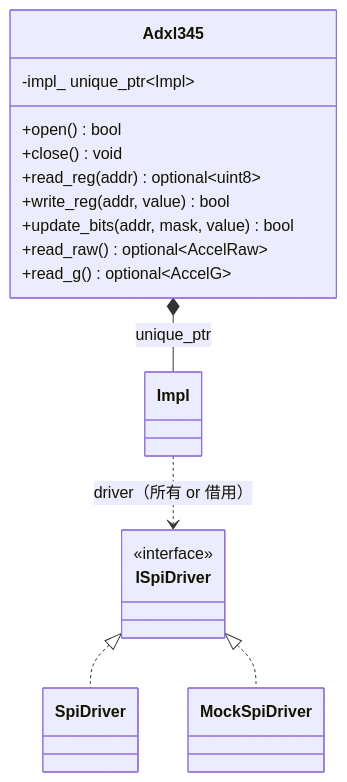
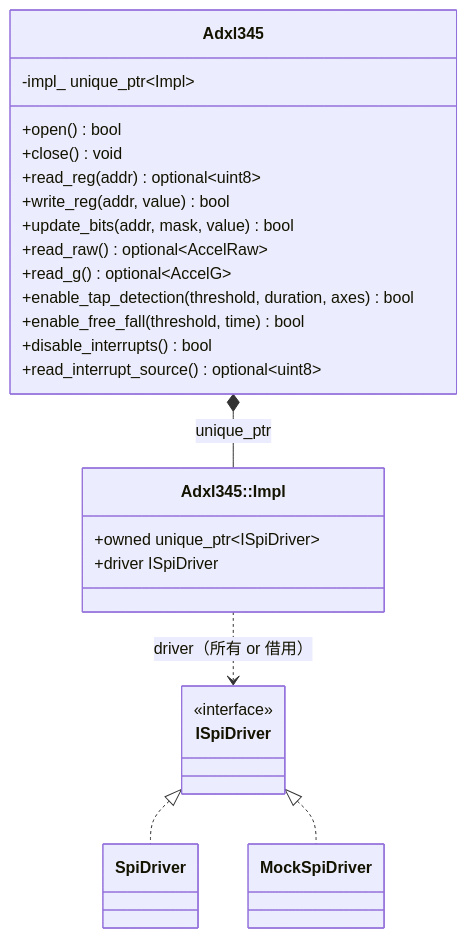
The diagram in docs/deliverables/03_detailed-design/libadxl345-design.md (asiball/private-test-cpp-project), drawn with Mermaid before and after one commit. The commit also changed other lines of this file and 5 other files, not shown here.

First line of the commit message:
docs: API/IF 仕様書を実装(join・unique_ptr・割り込みAPI・分離フロー)に同期

````diff
--- a/docs/deliverables/03_detailed-design/libadxl345-design.md
+++ b/docs/deliverables/03_detailed-design/libadxl345-design.md
@@ -23,20 +23,28 @@
 ```mermaid
 classDiagram
     class Adxl345 {
         -impl_ unique_ptr~Impl~
         +open() bool
         +close() void
         +read_reg(addr) optional~uint8~
         +write_reg(addr, value) bool
         +update_bits(addr, mask, value) bool
         +read_raw() optional~AccelRaw~
         +read_g() optional~AccelG~
+        +enable_tap_detection(threshold, duration, axes) bool
+        +enable_free_fall(threshold, time) bool
+        +disable_interrupts() bool
+        +read_interrupt_source() optional~uint8~
+    }
+    class Impl["Adxl345::Impl"] {
+        +owned unique_ptr~ISpiDriver~
+        +driver ISpiDriver
     }
     class ISpiDriver {
         <<interface>>
     }
     Adxl345 *-- Impl : unique_ptr
     Impl ..> ISpiDriver : driver（所有 or 借用）
     ISpiDriver <|.. SpiDriver
     ISpiDriver <|.. MockSpiDriver
 ```
````
